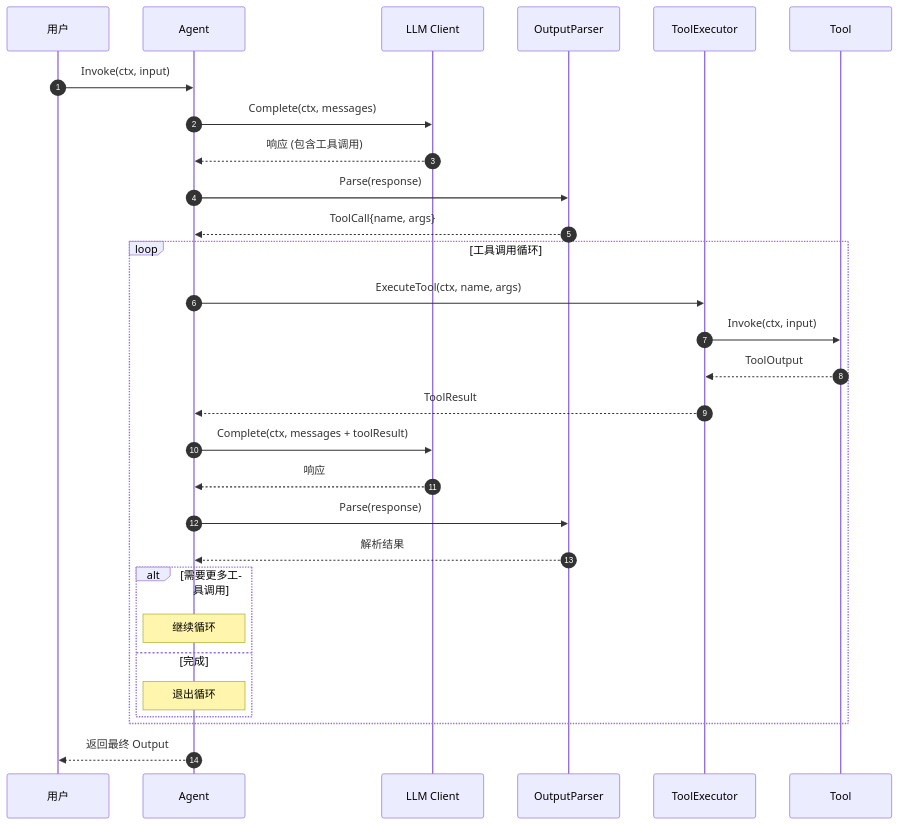
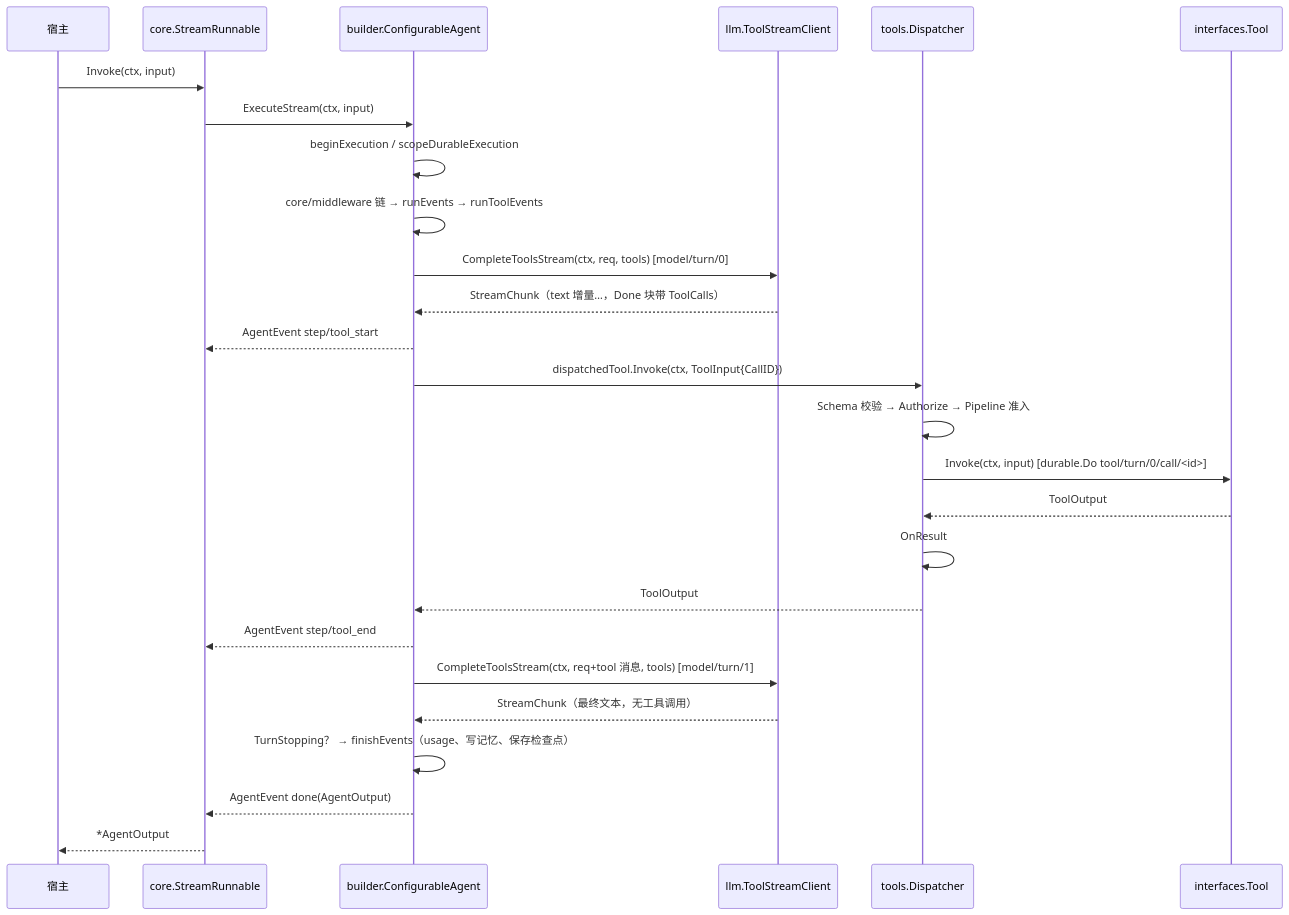
One commit to kart-io/goagent changed the first of 5 diagrams in docs/design/SEQUENCE_DIAGRAMS.md. Above: the diagram before and after it, drawn with Mermaid. The commit also changed other lines of this file and 87 other files, not shown here.

````diff
--- a/docs/design/SEQUENCE_DIAGRAMS.md
+++ b/docs/design/SEQUENCE_DIAGRAMS.md
@@ -48,38 +7,29 @@
 ```mermaid
 sequenceDiagram
-    autonumber
-    participant User as 用户
-    participant Agent as Agent
-    participant LLM as LLM Client
-    participant Parser as OutputParser
-    participant Executor as ToolExecutor
-    participant Tool as Tool
+    participant Host as 宿主
+    participant R as core.StreamRunnable
+    participant A as builder.ConfigurableAgent
+    participant M as llm.ToolStreamClient
+    participant D as tools.Dispatcher
+    participant T as interfaces.Tool
 
-    User->>Agent: Invoke(ctx, input)
-    Agent->>LLM: Complete(ctx, messages)
-    LLM-->>Agent: 响应 (包含工具调用)
-
-    Agent->>Parser: Parse(response)
-    Parser-->>Agent: ToolCall{name, args}
-
-    loop 工具调用循环
-        Agent->>Executor: ExecuteTool(ctx, name, args)
-        Executor->>Tool: Invoke(ctx, input)
-        Tool-->>Executor: ToolOutput
-        Executor-->>Agent: ToolResult
-
-        Agent->>LLM: Complete(ctx, messages + toolResult)
-        LLM-->>Agent: 响应
-
-        Agent->>Parser: Parse(response)
-        Parser-->>Agent: 解析结果
-
-        alt 需要更多工具调用
-            Note over Agent: 继续循环
-        else 完成
-            Note over Agent: 退出循环
-        end
-    end
-
-    Agent-->>User: 返回最终 Output
+    Host->>R: Invoke(ctx, input)
+    R->>A: ExecuteStream(ctx, input)
+    A->>A: beginExecution / scopeDurableExecution
+    A->>A: core/middleware 链 → runEvents → runToolEvents
+    A->>M: CompleteToolsStream(ctx, req, tools)  [model/turn/0]
+    M-->>A: StreamChunk（text 增量…，Done 块带 ToolCalls）
+    A-->>R: AgentEvent step/tool_start
+    A->>D: dispatchedTool.Invoke(ctx, ToolInput{CallID})
+    D->>D: Schema 校验 → Authorize → Pipeline 准入
+    D->>T: Invoke(ctx, input)  [durable.Do tool/turn/0/call/<id>]
+    T-->>D: ToolOutput
+    D->>D: OnResult
+    D-->>A: ToolOutput
+    A-->>R: AgentEvent step/tool_end
+    A->>M: CompleteToolsStream(ctx, req+tool 消息, tools)  [model/turn/1]
+    M-->>A: StreamChunk（最终文本，无工具调用）
+    A->>A: TurnStopping？ → finishEvents（usage、写记忆、保存检查点）
+    A-->>R: AgentEvent done(AgentOutput)
+    R-->>Host: *AgentOutput
 ```
````
